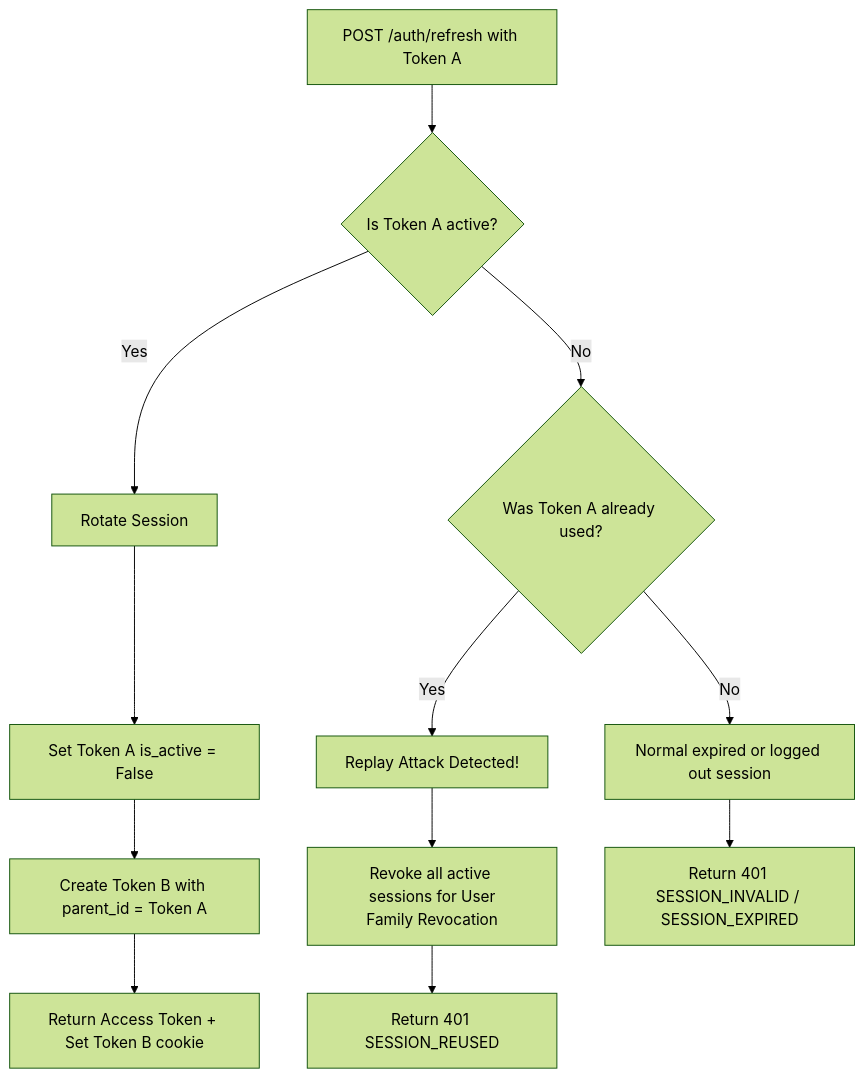
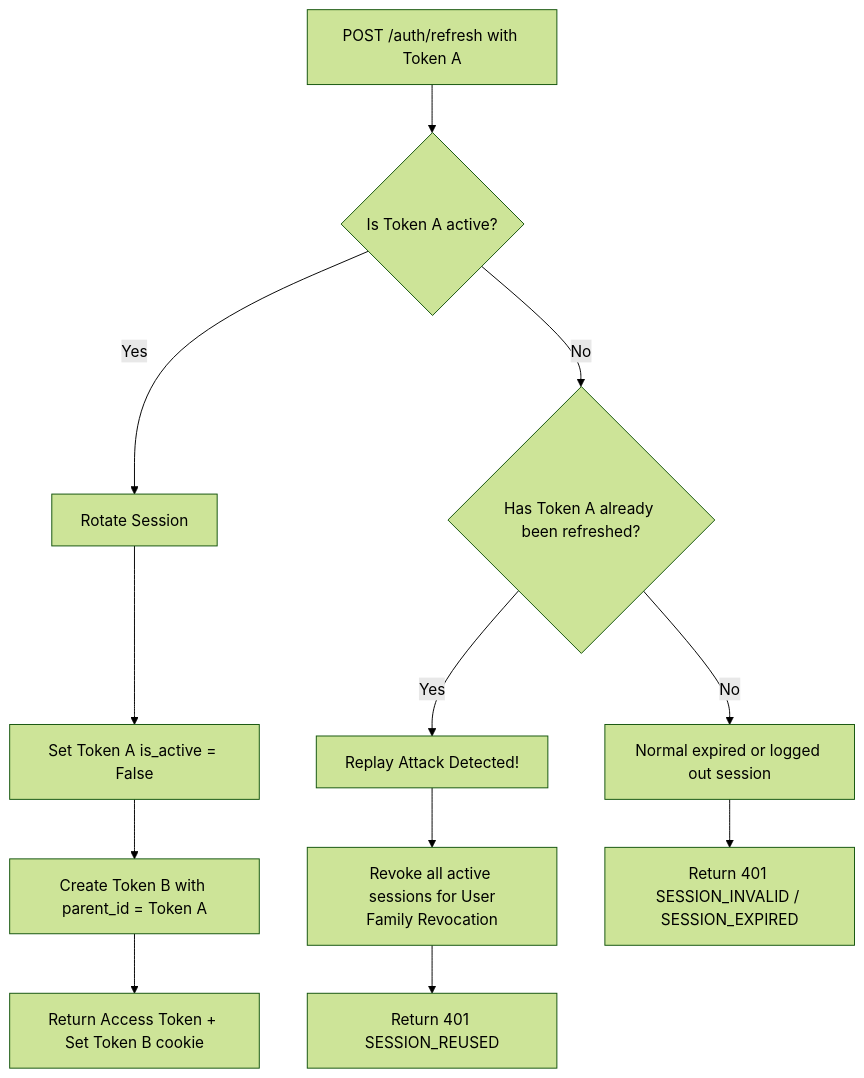
Before and after one commit to khoanguyenn/uscornie: the second of 2 diagrams in backend/auth/README.md, drawn with Mermaid (forest theme).

Commit message:
docs(auth): refine flowchart node text for clarity

````diff
--- a/backend/auth/README.md
+++ b/backend/auth/README.md
@@ -65,18 +65,18 @@
 ```mermaid
 graph TD
     A[POST /auth/refresh with Token A] --> B{Is Token A active?}
 
     B -- Yes --> C[Rotate Session]
     C --> C1[Set Token A is_active = False]
     C1 --> C2[Create Token B with parent_id = Token A]
     C2 --> C3[Return Access Token + Set Token B cookie]
 
-    B -- No --> D{Was Token A already used?}
+    B -- No --> D{Has Token A already been refreshed?}
 
     D -- Yes --> E[Replay Attack Detected!]
     E --> E1[Revoke all active sessions for User<br>Family Revocation]
     E1 --> E2[Return 401 SESSION_REUSED]
 
     D -- No --> F[Normal expired or logged out session]
     F --> F1[Return 401 SESSION_INVALID / SESSION_EXPIRED]
 ```
````
